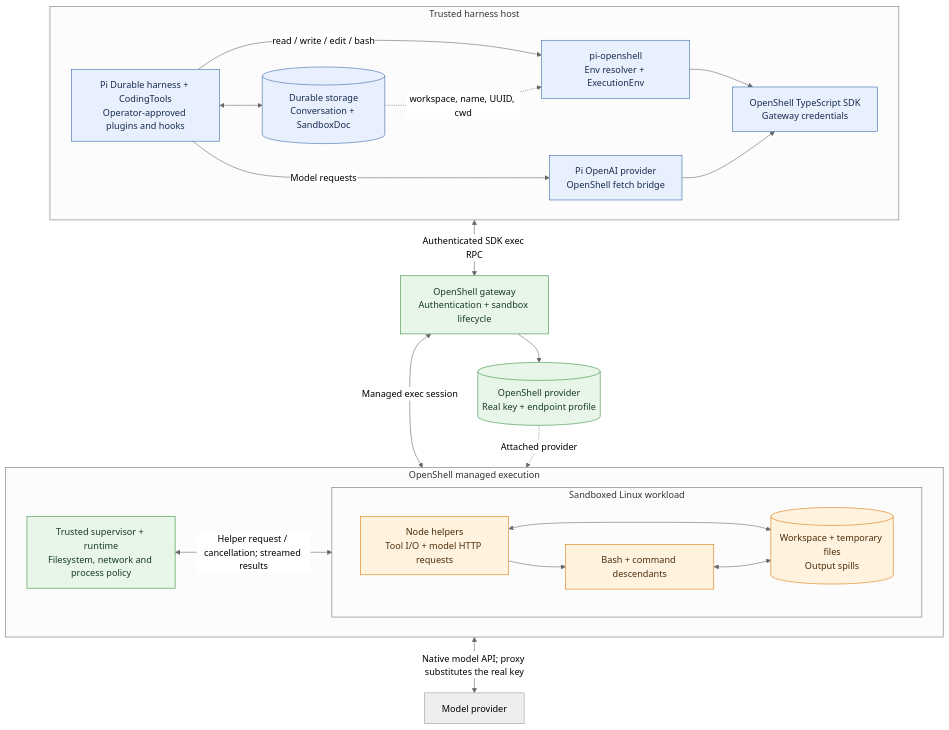
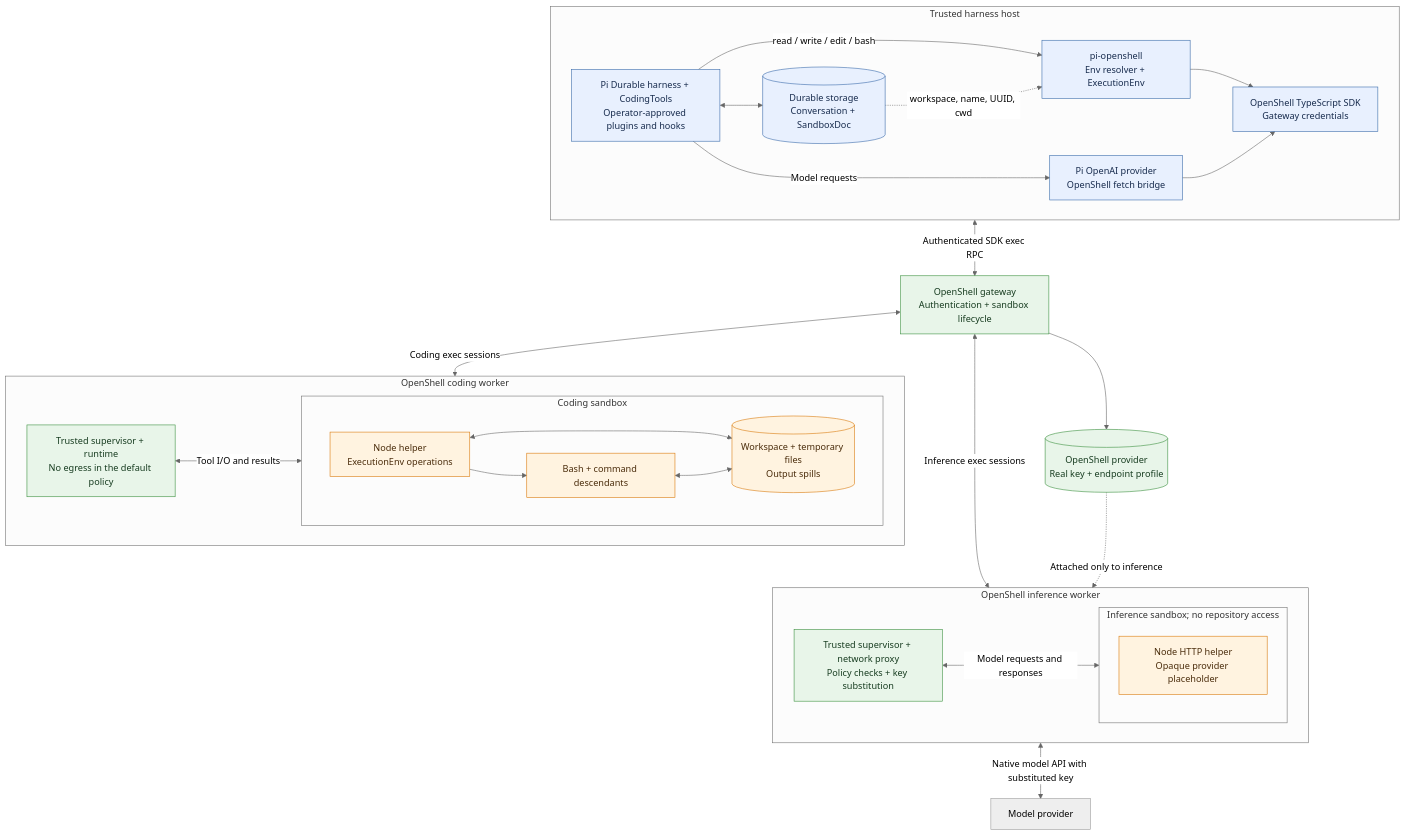
Before and after one commit to mrunalp/pi-openshell: the diagram in README.md, drawn with Mermaid (neutral theme). The commit also changed other lines of this file and 10 other files, not shown here.

Commit message:
feat(deployment): separate coding and inference workers

````diff
--- a/README.md
+++ b/README.md
@@ -19,49 +19,59 @@
 ```mermaid
 flowchart TB
   subgraph host["Trusted harness host"]
     direction LR
     pi["Pi Durable harness + CodingTools<br/>Operator-approved plugins and hooks"]
     storage[("Durable storage<br/>Conversation + SandboxDoc")]
     adapter["pi-openshell<br/>Env resolver + ExecutionEnv"]
     inference["Pi OpenAI provider<br/>OpenShell fetch bridge"]
     sdk["OpenShell TypeScript SDK<br/>Gateway credentials"]
     pi <--> storage
     pi -->|"read / write / edit / bash"| adapter
     storage -.->|"workspace, name, UUID, cwd"| adapter
     adapter --> sdk
     pi -->|"Model requests"| inference
     inference --> sdk
   end
 
   model["Model provider"]
   gateway["OpenShell gateway<br/>Authentication + sandbox lifecycle"]
   provider[("OpenShell provider<br/>Real key + endpoint profile")]
   gateway --> provider
   host <-->|"Authenticated SDK exec RPC"| gateway
 
-  subgraph managed["OpenShell managed execution"]
+  subgraph codingRuntime["OpenShell coding worker"]
     direction LR
-    enforcement["Trusted supervisor + runtime<br/>Filesystem, network and process policy"]
-    subgraph worker["Sandboxed Linux workload"]
+    codingControl["Trusted supervisor + runtime<br/>No egress in the default policy"]
+    subgraph codingWorker["Coding sandbox"]
       direction LR
-      helper["Node helpers<br/>Tool I/O + model HTTP requests"]
+      helper["Node helper<br/>ExecutionEnv operations"]
       shell["Bash + command descendants"]
       files[("Workspace + temporary files<br/>Output spills")]
       helper --> shell
       helper <--> files
       shell <--> files
     end
-    enforcement <-->|"Helper request / cancellation; streamed results"| worker
+    codingControl <-->|"Tool I/O and results"| codingWorker
   end
 
-  gateway <-->|"Managed exec session"| managed
-  provider -.->|"Attached provider"| managed
-  managed <-->|"Native model API; proxy substitutes the real key"| model
+  subgraph inferenceRuntime["OpenShell inference worker"]
+    direction LR
+    inferenceControl["Trusted supervisor + network proxy<br/>Policy checks + key substitution"]
+    subgraph inferenceWorker["Inference sandbox; no repository access"]
+      http["Node HTTP helper<br/>Opaque provider placeholder"]
+    end
+    inferenceControl <-->|"Model requests and responses"| inferenceWorker
+  end
+
+  gateway <-->|"Coding exec sessions"| codingRuntime
+  gateway <-->|"Inference exec sessions"| inferenceRuntime
+  provider -.->|"Attached only to inference"| inferenceRuntime
+  inferenceRuntime <-->|"Native model API with substituted key"| model
 
   classDef trusted fill:#e8f0fe,stroke:#3568a8,color:#172b4d;
   classDef control fill:#e8f5e9,stroke:#388e3c,color:#173c20;
   classDef sandboxed fill:#fff3e0,stroke:#d97706,color:#4a2c0b;
   class pi,storage,adapter,inference,sdk trusted;
-  class gateway,provider,enforcement control;
-  class helper,shell,files sandboxed;
+  class gateway,provider,codingControl,inferenceControl control;
+  class helper,shell,files,http sandboxed;
 ```
````
